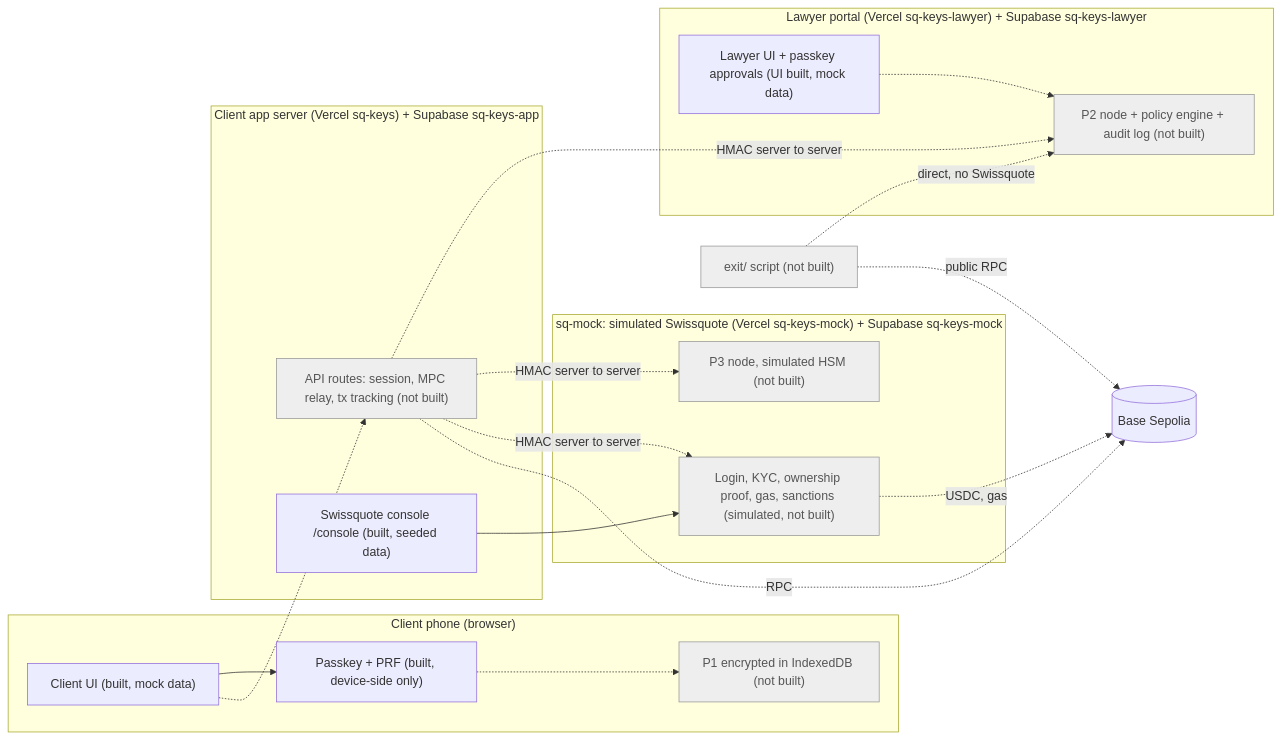
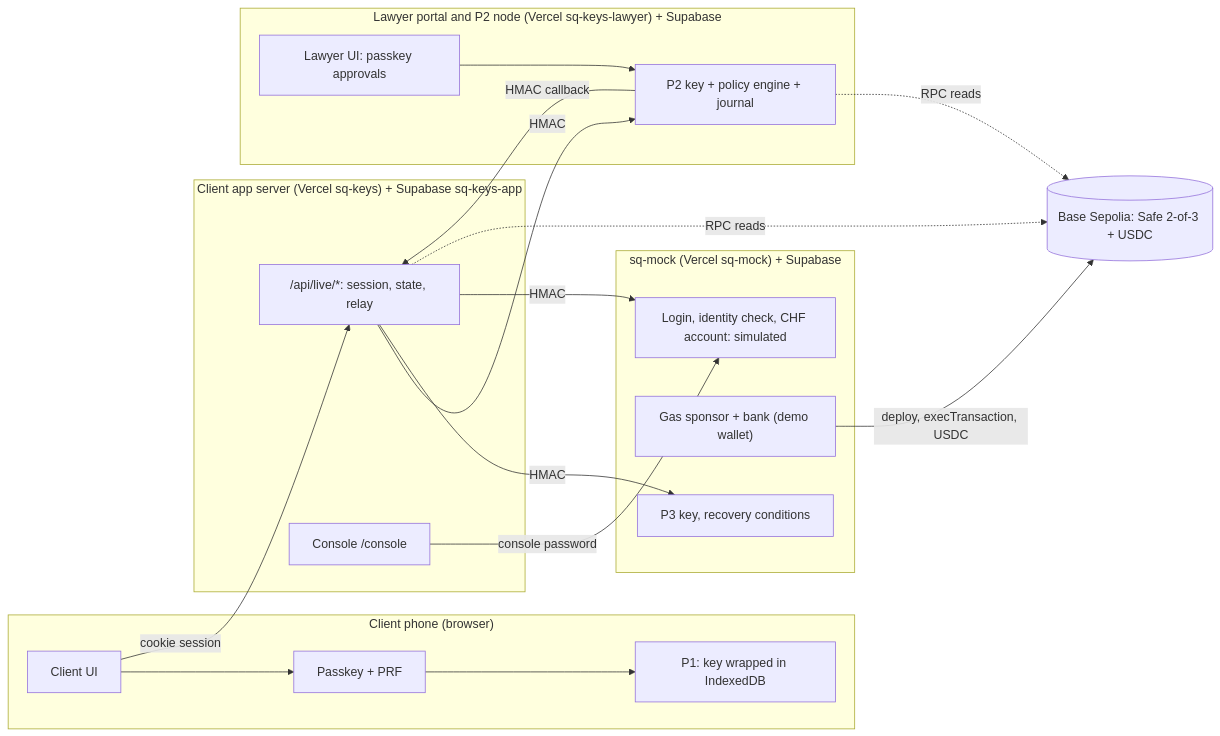
The diagram in README.md (teo-creativ/swissquote-wallet), drawn with Mermaid before and after one commit. The commit also changed other lines of this file and 13 other files, not shown here.

First line of the commit message:
test(live): end-to-end demo script on Base Sepolia with virtual authenticators; README for live mode; fixes found by the test

````diff
--- a/README.md
+++ b/README.md
@@ -79,38 +84,33 @@
 ```mermaid
 flowchart LR
   subgraph Phone["Client phone (browser)"]
-    UI["Client UI (built, mock data)"]
-    PK["Passkey + PRF (built, device-side only)"]
-    P1["P1 encrypted in IndexedDB (not built)"]
+    UI["Client UI"]
+    PK["Passkey + PRF"]
+    P1["P1: key wrapped in IndexedDB"]
   end
   subgraph App["Client app server (Vercel sq-keys) + Supabase sq-keys-app"]
-    API["API routes: session, MPC relay, tx tracking (not built)"]
-    CON["Swissquote console /console (built, seeded data)"]
+    API["/api/live/*: session, state, relay"]
+    CON["Console /console"]
   end
-  subgraph Law["Lawyer portal (Vercel sq-keys-lawyer) + Supabase sq-keys-lawyer"]
-    LUI["Lawyer UI + passkey approvals (UI built, mock data)"]
-    N2["P2 node + policy engine + audit log (not built)"]
+  subgraph Law["Lawyer portal and P2 node (Vercel sq-keys-lawyer) + Supabase"]
+    LUI["Lawyer UI: passkey approvals"]
+    N2["P2 key + policy engine + journal"]
   end
-  subgraph SQ["sq-mock: simulated Swissquote (Vercel sq-keys-mock) + Supabase sq-keys-mock"]
-    N3["P3 node, simulated HSM (not built)"]
-    SVC["Login, KYC, ownership proof, gas, sanctions (simulated, not built)"]
+  subgraph SQ["sq-mock (Vercel sq-mock) + Supabase"]
+    N3["P3 key, recovery conditions"]
+    SP["Gas sponsor + bank (demo wallet)"]
+    SVC["Login, identity check, CHF account: simulated"]
   end
-  CHAIN[("Base Sepolia")]
-  EXIT["exit/ script (not built)"]
-
-  UI --> PK
-  PK -.-> P1
-  UI -.-> API
-  API -. "HMAC server to server" .-> N2
-  API -. "HMAC server to server" .-> N3
-  API -. "HMAC server to server" .-> SVC
-  LUI -.-> N2
-  CON --> SVC
-  API -. RPC .-> CHAIN
-  SVC -. "USDC, gas" .-> CHAIN
-  EXIT -. "direct, no Swissquote" .-> N2
-  EXIT -. "public RPC" .-> CHAIN
-
-  classDef todo fill:#eee,stroke:#999,color:#555;
-  class P1,API,N2,N3,SVC,EXIT todo;
+  CHAIN[("Base Sepolia: Safe 2-of-3 + USDC")]
+  UI --> PK --> P1
+  UI -->|"cookie session"| API
+  API -->|"HMAC"| N2
+  API -->|"HMAC"| N3
+  API -->|"HMAC"| SVC
+  N2 -->|"HMAC callback"| API
+  LUI --> N2
+  CON -->|"console password"| SVC
+  SP -->|"deploy, execTransaction, USDC"| CHAIN
+  API -. "RPC reads" .-> CHAIN
+  N2 -. "RPC reads" .-> CHAIN
 ```
````
